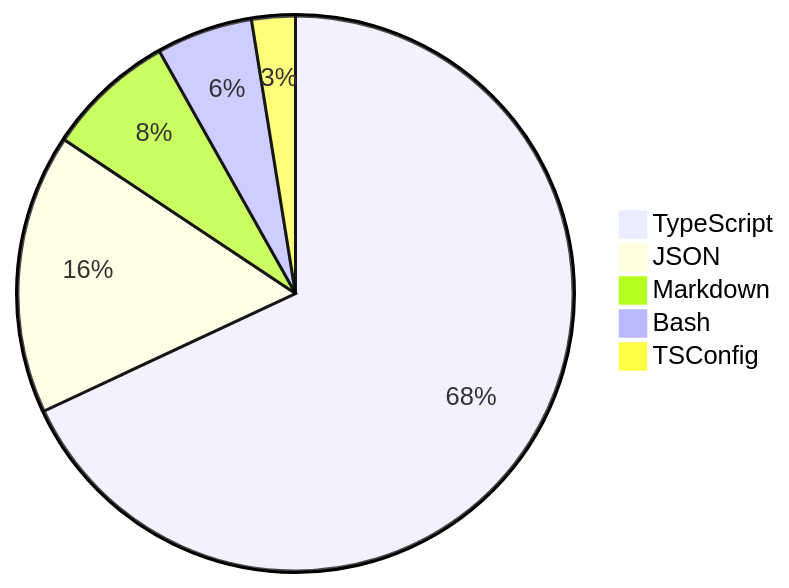
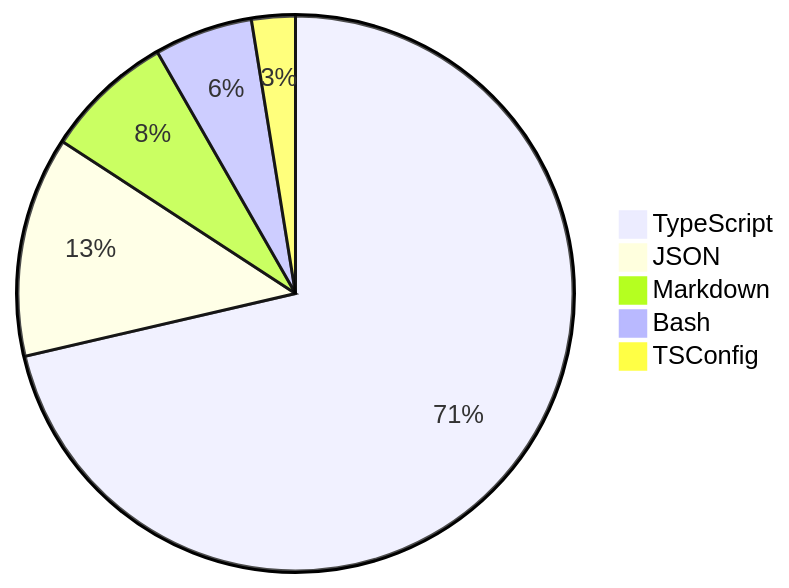
One commit to skvggor/skvggor changed the diagram in README.md. Above: the diagram before and after it, drawn with Mermaid.

Commit message:
Updated waka-readme graph with new metrics

````diff
--- a/README.md
+++ b/README.md
@@ -39,8 +39,8 @@
 ```mermaid
 pie
-    "TypeScript" : 64.3
-    "JSON" : 15.4
+    "TypeScript" : 67.3
+    "JSON" : 12.1
     "Markdown" : 7.1
-    "Bash" : 5.3
+    "Bash" : 5.4
     "TSConfig" : 2.4
 ```
````
